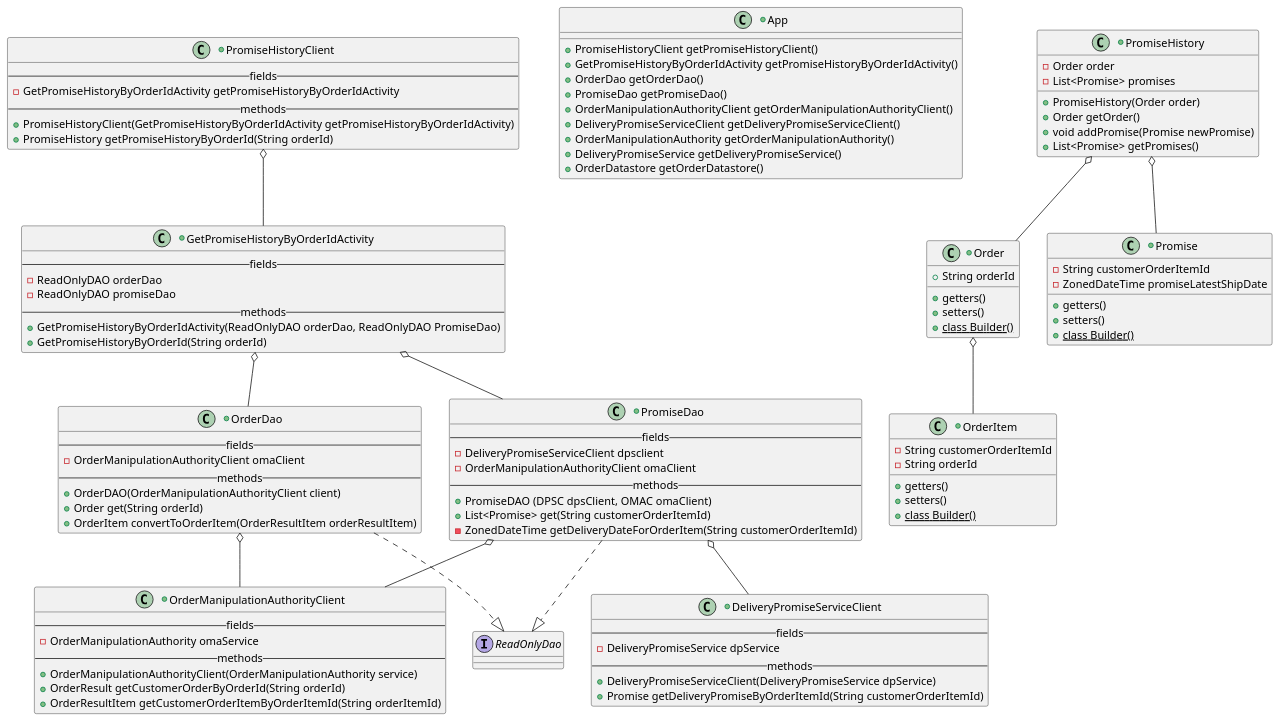
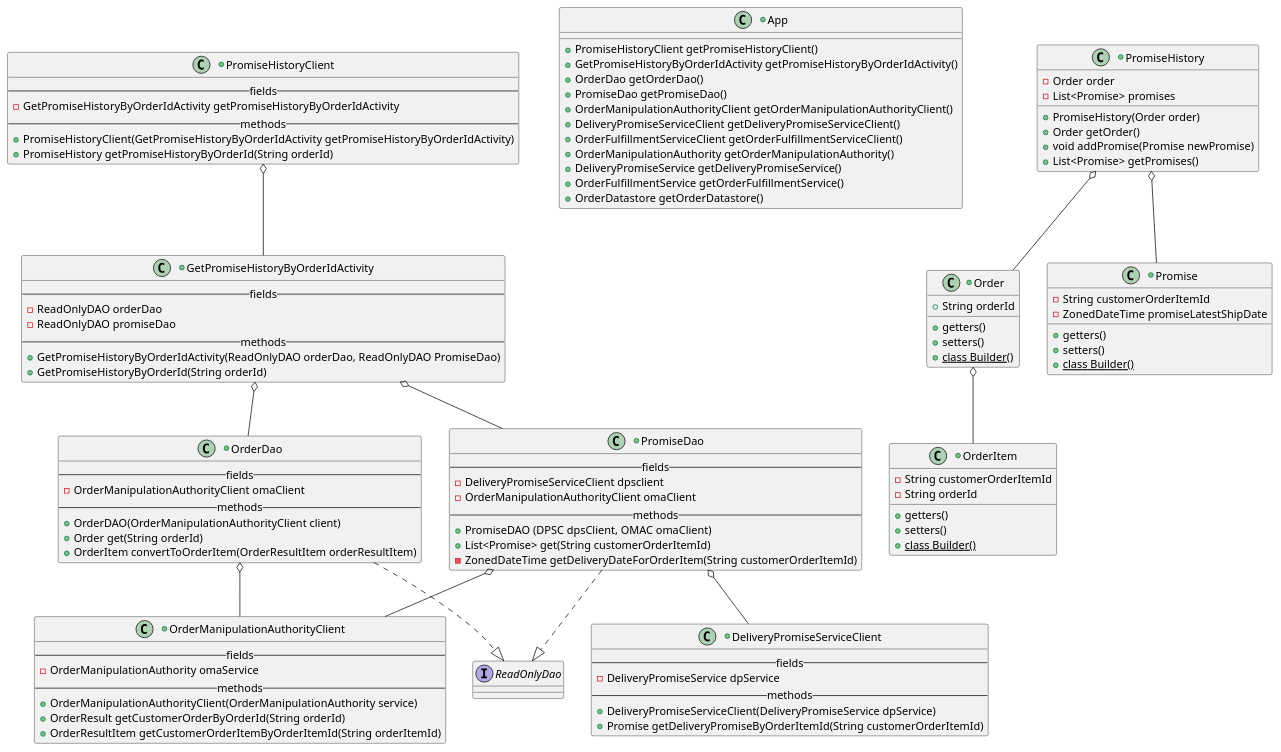
Before and after one commit to everythinginmoderation2/bd-intermediate-java-project: the diagram in src/resources/deliveringonourpromise_CD.puml, drawn with PlantUML. The commit also changed 11 other files, not shown here.

Commit message:
GetPromiseHistoryByOrderIdActivity and puml

```diff
--- a/src/resources/deliveringonourpromise_CD.puml
+++ b/src/resources/deliveringonourpromise_CD.puml
@@ -1,121 +1,123 @@
 @startuml
 'https://plantuml.com/class-diagram'
 
 interface ReadOnlyDao
 
 +class App {
     +PromiseHistoryClient getPromiseHistoryClient()
     +GetPromiseHistoryByOrderIdActivity getPromiseHistoryByOrderIdActivity()
     +OrderDao getOrderDao()
     +PromiseDao getPromiseDao()
     +OrderManipulationAuthorityClient getOrderManipulationAuthorityClient()
     +DeliveryPromiseServiceClient getDeliveryPromiseServiceClient()
+    +OrderFulfillmentServiceClient getOrderFulfillmentServiceClient()
     +OrderManipulationAuthority getOrderManipulationAuthority()
     +DeliveryPromiseService getDeliveryPromiseService()
+    +OrderFulfillmentService getOrderFulfillmentService()
     +OrderDatastore getOrderDatastore()
 }
 
 +class Order {
     +String orderId
     +getters()
     +setters()
     +{static} class Builder()
 }
 
 +class OrderItem {
     -String customerOrderItemId
     -String orderId
     +getters()
     +setters()
     +{static} class Builder()
 }
 
 +class Promise {
     -String customerOrderItemId
     -ZonedDateTime promiseLatestShipDate
     +getters()
     +setters()
     +{static} class Builder()
 }
 
 +class PromiseHistory {
     -Order order
     -List<Promise> promises
     +PromiseHistory(Order order)
     +Order getOrder()
     +void addPromise(Promise newPromise)
     +List<Promise> getPromises()
 }
 
 +class PromiseHistoryClient {
     --fields--
     -GetPromiseHistoryByOrderIdActivity getPromiseHistoryByOrderIdActivity
     --methods--
     +PromiseHistoryClient(GetPromiseHistoryByOrderIdActivity getPromiseHistoryByOrderIdActivity)
     +PromiseHistory getPromiseHistoryByOrderId(String orderId)
 }
 
 +class GetPromiseHistoryByOrderIdActivity {
     --fields--
     -ReadOnlyDAO orderDao
     -ReadOnlyDAO promiseDao
     --methods--
     +GetPromiseHistoryByOrderIdActivity(ReadOnlyDAO orderDao, ReadOnlyDAO PromiseDao)
     +GetPromiseHistoryByOrderId(String orderId)
 }
 
 +class OrderDao {
     --fields--
     -OrderManipulationAuthorityClient omaClient
     --methods--
     +OrderDAO(OrderManipulationAuthorityClient client)
     +Order get(String orderId)
     +OrderItem convertToOrderItem(OrderResultItem orderResultItem)
 }
 
 +class PromiseDao {
     --fields--
     -DeliveryPromiseServiceClient dpsclient
     -OrderManipulationAuthorityClient omaClient
     --methods--
     +PromiseDAO (DPSC dpsClient, OMAC omaClient)
     +List<Promise> get(String customerOrderItemId)
     -ZonedDateTime getDeliveryDateForOrderItem(String customerOrderItemId)
 }
 
 +class OrderManipulationAuthorityClient {
     --fields--
     -OrderManipulationAuthority omaService
     --methods--
     +OrderManipulationAuthorityClient(OrderManipulationAuthority service)
     +OrderResult getCustomerOrderByOrderId(String orderId)
     +OrderResultItem getCustomerOrderItemByOrderItemId(String orderItemId)
 }
 
 +class DeliveryPromiseServiceClient {
     --fields--
     -DeliveryPromiseService dpService
     --methods--
     +DeliveryPromiseServiceClient(DeliveryPromiseService dpService)
     +Promise getDeliveryPromiseByOrderItemId(String customerOrderItemId)
 }
 
 
 
 
 
 
 
 PromiseHistoryClient o-- GetPromiseHistoryByOrderIdActivity
 GetPromiseHistoryByOrderIdActivity o-- PromiseDao
 GetPromiseHistoryByOrderIdActivity o-- OrderDao
 PromiseDao o-- DeliveryPromiseServiceClient
 PromiseDao o-- OrderManipulationAuthorityClient
 OrderDao o-- OrderManipulationAuthorityClient
 PromiseHistory o-- Order
 PromiseHistory o-- Promise
 Order o-- OrderItem
 OrderDao ..|> ReadOnlyDao
 PromiseDao ..|> ReadOnlyDao
 
 @enduml
```
